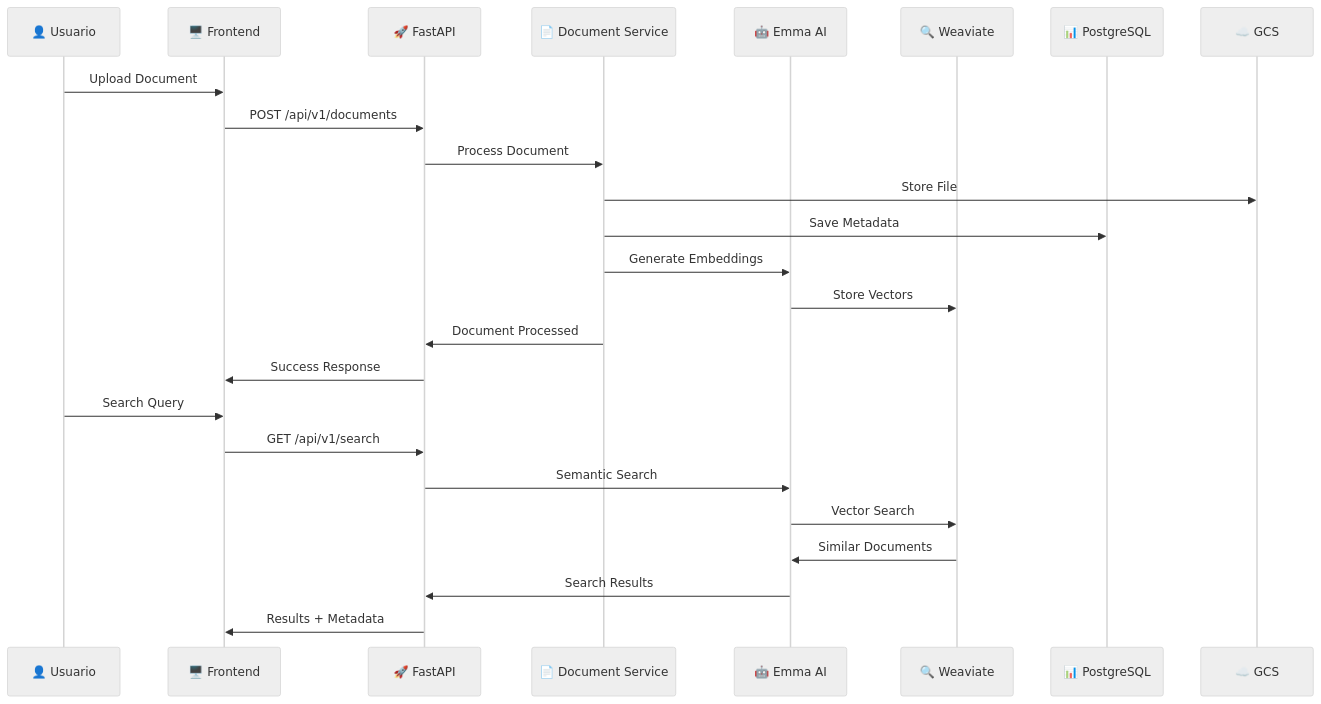
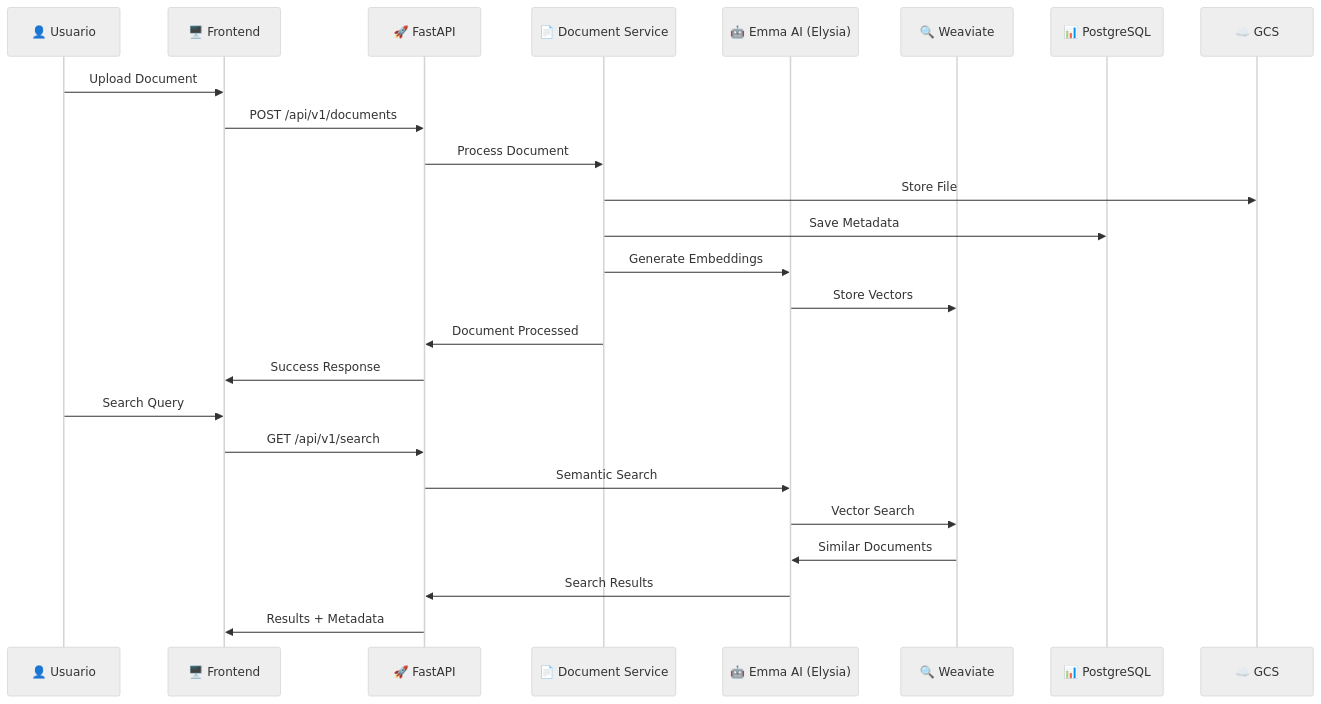
One commit to horelvis/nexus-documents-ia changed the second of 5 diagrams in README.md. Above: the diagram before and after it, drawn with Mermaid (neutral theme). The commit also changed other lines of this file, not shown here.

First line of the commit message:
docs: mejorar referencias a Elysia Framework en diagramas y flujos

````diff
--- a/README.md
+++ b/README.md
@@ -248,29 +248,29 @@
 ```mermaid
 sequenceDiagram
     participant U as 👤 Usuario
     participant F as 🖥️ Frontend
     participant A as 🚀 FastAPI
     participant D as 📄 Document Service
-    participant E as 🤖 Emma AI
+    participant E as 🤖 Emma AI (Elysia)
     participant W as 🔍 Weaviate
     participant P as 📊 PostgreSQL
     participant G as ☁️ GCS
 
     U->>F: Upload Document
     F->>A: POST /api/v1/documents
     A->>D: Process Document
     D->>G: Store File
     D->>P: Save Metadata
     D->>E: Generate Embeddings
     E->>W: Store Vectors
     D->>A: Document Processed
     A->>F: Success Response
 
     U->>F: Search Query
     F->>A: GET /api/v1/search
     A->>E: Semantic Search
     E->>W: Vector Search
     W->>E: Similar Documents
     E->>A: Search Results
     A->>F: Results + Metadata
 ```
````
